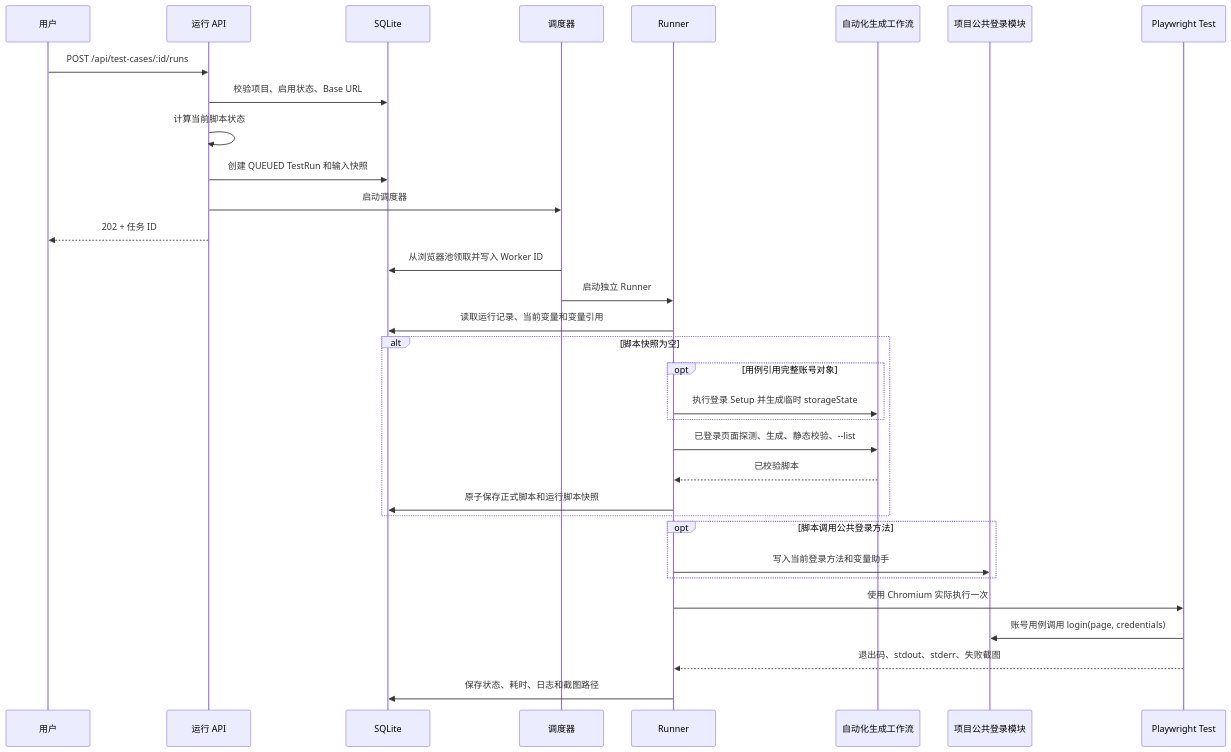
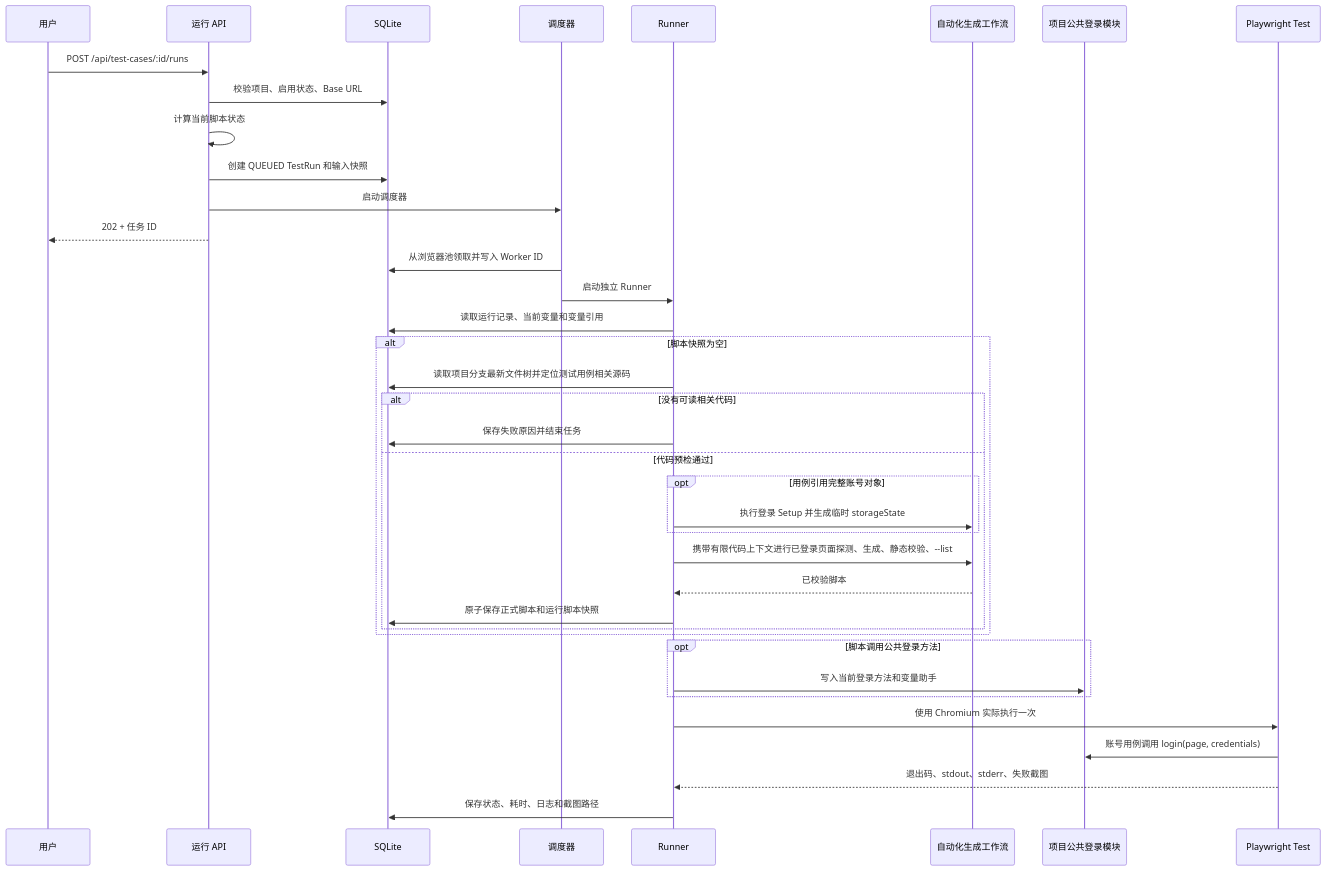
Before and after one commit to qianzgcn/spec-chain: the tenth of 10 diagrams in docs/代码架构与运行机制.md, drawn with Mermaid. The commit also changed other lines of this file and 16 other files, not shown here.

````diff
--- a/docs/代码架构与运行机制.md
+++ b/docs/代码架构与运行机制.md
@@ -1791,36 +1794,41 @@
 ```mermaid
 sequenceDiagram
   participant U as 用户
   participant API as 运行 API
   participant D as SQLite
   participant S as 调度器
   participant R as Runner
   participant A as 自动化生成工作流
   participant L as 项目公共登录模块
   participant P as Playwright Test
 
   U->>API: POST /api/test-cases/:id/runs
   API->>D: 校验项目、启用状态、Base URL
   API->>API: 计算当前脚本状态
   API->>D: 创建 QUEUED TestRun 和输入快照
   API->>S: 启动调度器
   API-->>U: 202 + 任务 ID
   S->>D: 从浏览器池领取并写入 Worker ID
   S->>R: 启动独立 Runner
   R->>D: 读取运行记录、当前变量和变量引用
   alt 脚本快照为空
+    R->>D: 读取项目分支最新文件树并定位测试用例相关源码
+    alt 没有可读相关代码
+      R->>D: 保存失败原因并结束任务
+    else 代码预检通过
     opt 用例引用完整账号对象
       R->>A: 执行登录 Setup 并生成临时 storageState
     end
-    R->>A: 已登录页面探测、生成、静态校验、--list
+    R->>A: 携带有限代码上下文进行已登录页面探测、生成、静态校验、--list
     A-->>R: 已校验脚本
     R->>D: 原子保存正式脚本和运行脚本快照
+    end
   end
   opt 脚本调用公共登录方法
     R->>L: 写入当前登录方法和变量助手
   end
   R->>P: 使用 Chromium 实际执行一次
   P->>L: 账号用例调用 login(page, credentials)
   P-->>R: 退出码、stdout、stderr、失败截图
   R->>D: 保存状态、耗时、日志和截图路径
 ```
````
